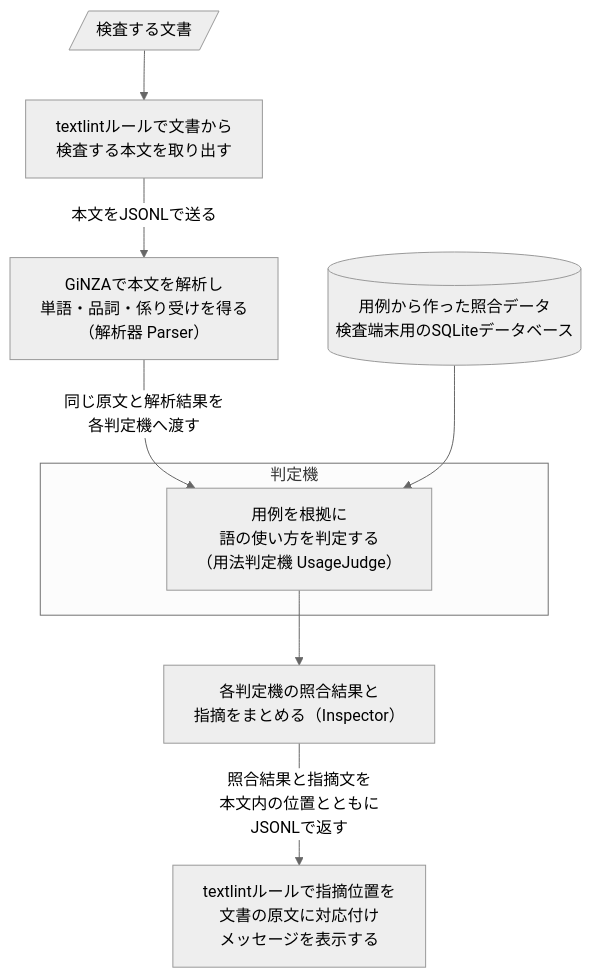
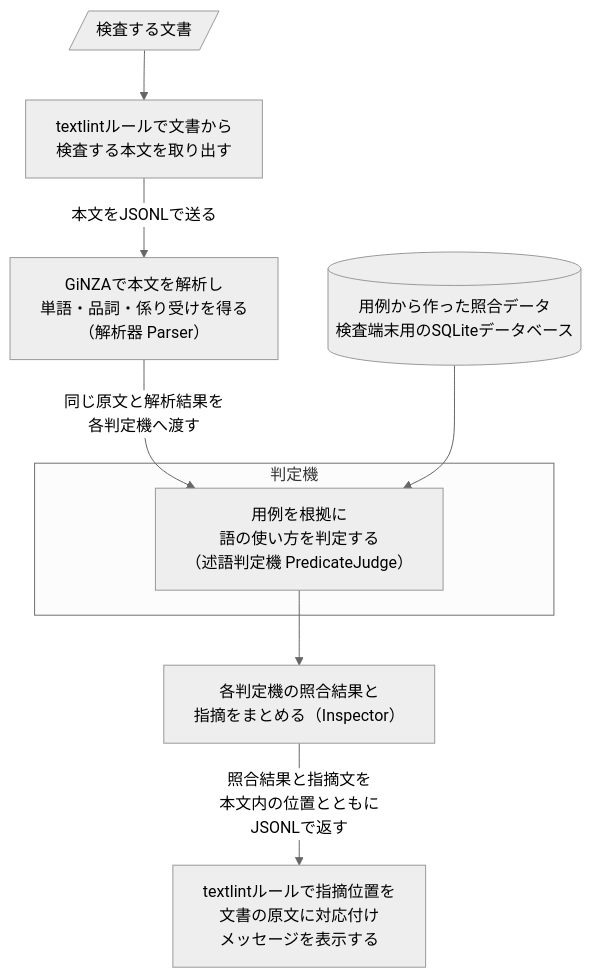
The first of 2 diagrams in docs/design/architecture.md (karin0624/use-native-japanese), drawn with Mermaid (neutral theme) before and after one commit. The commit also changed other lines of this file and 12 other files, not shown here.

````diff
--- a/docs/design/architecture.md
+++ b/docs/design/architecture.md
@@ -22,17 +24,17 @@
 ```mermaid
 ---
 config:
     flowchart:
         wrappingWidth: 320
 ---
 flowchart TB
     document[/検査する文書/] --> extract["textlintルールで文書から<br/>検査する本文を取り出す"]
     extract -->|本文をJSONLで送る| parser["GiNZAで本文を解析し<br/>単語・品詞・係り受けを得る<br/>（解析器 Parser）"]
     subgraph judges_group["判定機"]
-        judges["用例を根拠に<br/>語の使い方を判定する<br/>（用法判定機 UsageJudge）"]
+        judges["用例を根拠に<br/>語の使い方を判定する<br/>（述語判定機 PredicateJudge）"]
     end
     parser -->|同じ原文と解析結果を<br/>各判定機へ渡す| judges
     reference[("用例から作った照合データ<br/>検査端末用のSQLiteデータベース")] --> judges
     judges --> aggregate["各判定機の照合結果と<br/>指摘をまとめる（Inspector）"]
     aggregate -->|照合結果と指摘文を<br/>本文内の位置とともに<br/>JSONLで返す| report["textlintルールで指摘位置を<br/>文書の原文に対応付け<br/>メッセージを表示する"]
 ```
````
